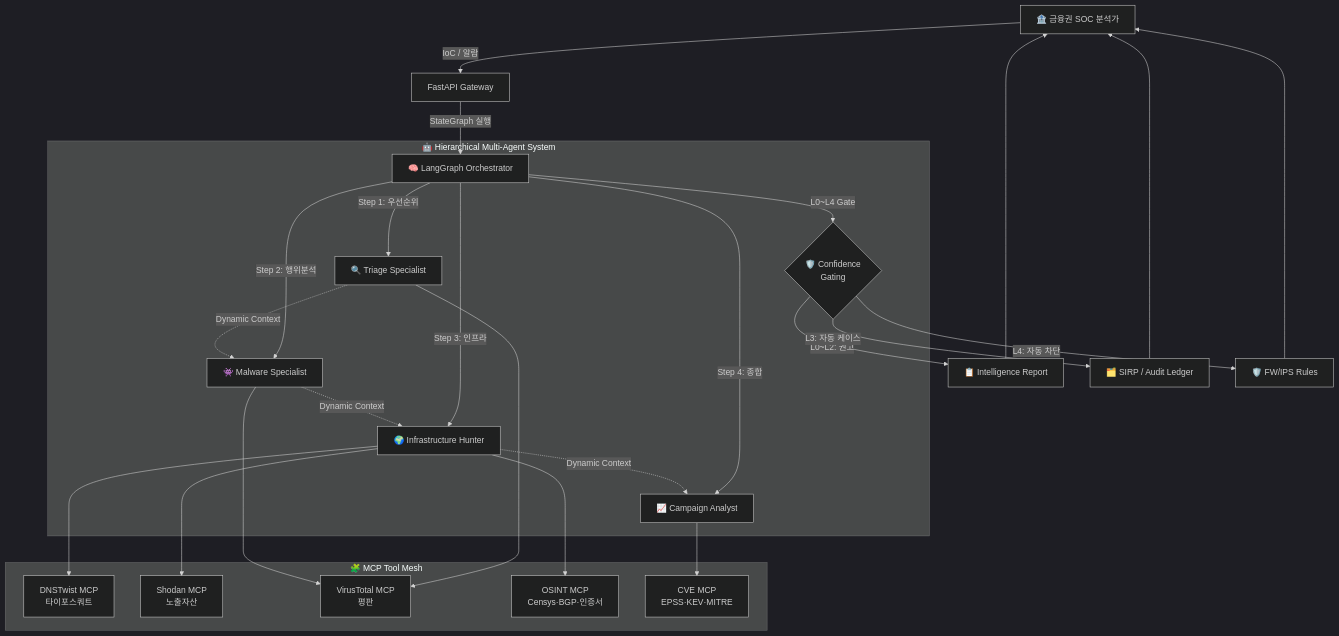
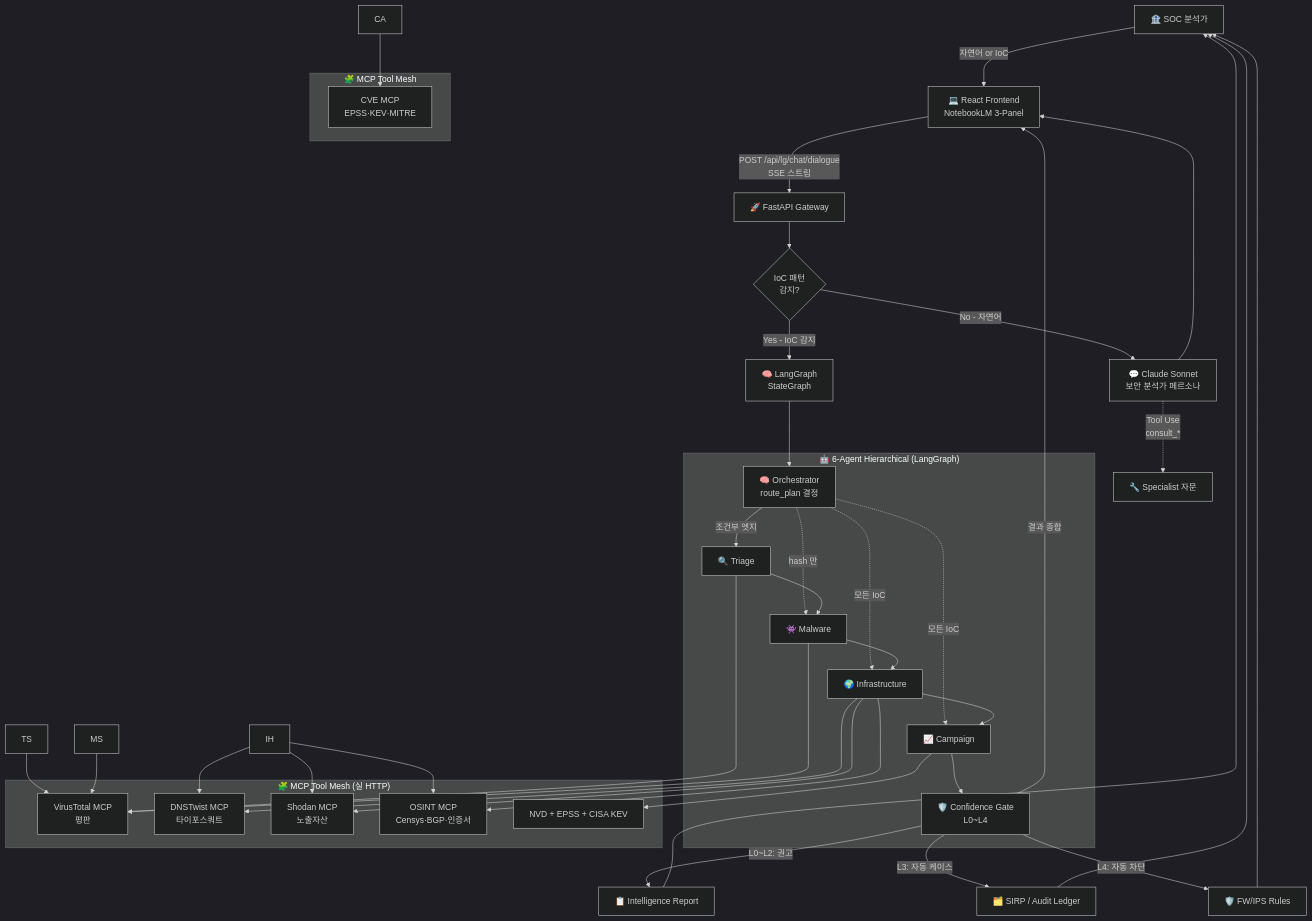
Before and after one commit to jjyj2302/AOL_SERVICE_DEMO: the fifth of 5 diagrams in README.md, drawn with Mermaid (dark theme). The commit also changed other lines of this file, not shown here.

First line of the commit message:
docs(docs): README 심화 아키텍처 5종 섹션 추가 (인프라/LangGraph/협력/MCP/비용)

````diff
--- a/README.md
+++ b/README.md
@@ -54,40 +428,65 @@
 ```mermaid
 graph TD
-    User[🏦 금융권 SOC 분석가] -->|IoC / 알람| API[FastAPI Gateway]
-    API -->|StateGraph 실행| LG[🧠 LangGraph Orchestrator]
+    User[🏦 SOC 분석가] -->|자연어 or IoC| FE[💻 React Frontend<br/>NotebookLM 3-Panel]
+    FE -->|POST /api/lg/chat/dialogue<br/>SSE 스트림| API[🚀 FastAPI Gateway]
+    API --> Parse{IoC 패턴<br/>감지?}
 
-    subgraph "🤖 Hierarchical Multi-Agent System"
-        LG -->|Step 1: 우선순위| TS[🔍 Triage Specialist]
-        LG -->|Step 2: 행위분석| MS[👾 Malware Specialist]
-        LG -->|Step 3: 인프라| IH[🌍 Infrastructure Hunter]
-        LG -->|Step 4: 종합| CA[📈 Campaign Analyst]
-        LG -->|L0~L4 Gate| GATE{🛡️ Confidence<br/>Gating}
+    Parse -->|No - 자연어| Claude[💬 Claude Sonnet<br/>보안 분석가 페르소나]
+    Claude -.->|Tool Use<br/>consult_*| Tools[🔧 Specialist 자문]
+    Claude --> FE
 
-        TS -.->|Dynamic Context| MS
-        MS -.->|Dynamic Context| IH
-        IH -.->|Dynamic Context| CA
+    Parse -->|Yes - IoC 감지| LG[🧠 LangGraph<br/>StateGraph]
+
+    subgraph "🤖 6-Agent Hierarchical (LangGraph)"
+        ORCH[🧠 Orchestrator<br/>route_plan 결정] -->|조건부 엣지| T[🔍 Triage]
+        ORCH -.->|hash 만| M[👾 Malware]
+        ORCH -.->|모든 IoC| I[🌍 Infrastructure]
+        ORCH -.->|모든 IoC| C[📈 Campaign]
+        T --> M
+        M --> I
+        I --> C
+        C --> GATE[🛡️ Confidence Gate<br/>L0~L4]
     end
+
+    LG --> ORCH
+
+    subgraph "🧩 MCP Tool Mesh (실 HTTP)"
+        VT[VirusTotal API]
+        DT[DNSTwist Python]
+        SH[Shodan InternetDB]
+        OS[crt.sh CT 로그]
+        CV[NVD + EPSS + CISA KEV]
+    end
+
+    T --> VT
+    M --> VT
+    I --> DT
+    I --> SH
+    I --> OS
+    C --> CV
+
+    GATE -->|결과 종합| FE
 
     subgraph "🧩 MCP Tool Mesh"
         DT[DNSTwist MCP<br/>타이포스쿼트]
         SH[Shodan MCP<br/>노출자산]
         VT[VirusTotal MCP<br/>평판]
         OS[OSINT MCP<br/>Censys·BGP·인증서]
         CVE[CVE MCP<br/>EPSS·KEV·MITRE]
     end
 
     TS --> VT
     MS --> VT
     IH --> DT
     IH --> SH
     IH --> OS
     CA --> CVE
 
     GATE -->|L0~L2: 권고| Report[📋 Intelligence Report]
     GATE -->|L3: 자동 케이스| SIRP[🗂️ SIRP / Audit Ledger]
     GATE -->|L4: 자동 차단| FW[🛡️ FW/IPS Rules]
 
     Report --> User
     SIRP --> User
     FW --> User
 ```
````
